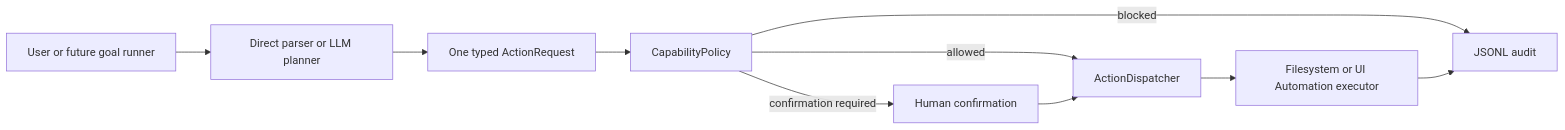
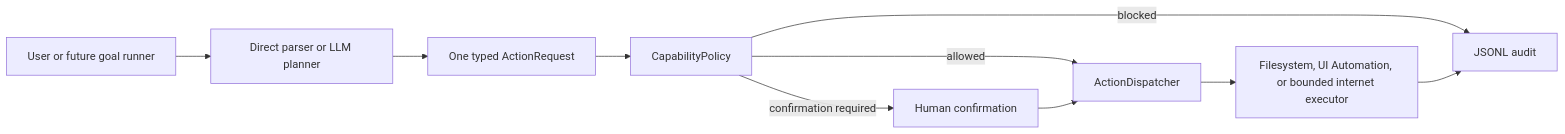
One commit to MahouSenseii/R.E.V.I.A changed the first of 2 diagrams in docs/ARCHITECTURE.md. Above: the diagram before and after it, drawn with Mermaid. The commit also changed other lines of this file and 39 other files, not shown here.

````diff
--- a/docs/ARCHITECTURE.md
+++ b/docs/ARCHITECTURE.md
@@ -7,12 +7,12 @@
 ```mermaid
 flowchart LR
     U["User or future goal runner"] --> P["Direct parser or LLM planner"]
     P --> J["One typed ActionRequest"]
     J --> C["CapabilityPolicy"]
     C -->|blocked| A["JSONL audit"]
     C -->|confirmation required| H["Human confirmation"]
     C -->|allowed| D["ActionDispatcher"]
     H --> D
-    D --> F["Filesystem or UI Automation executor"]
+    D --> F["Filesystem, UI Automation, or bounded internet executor"]
     F --> A
 ```
````
